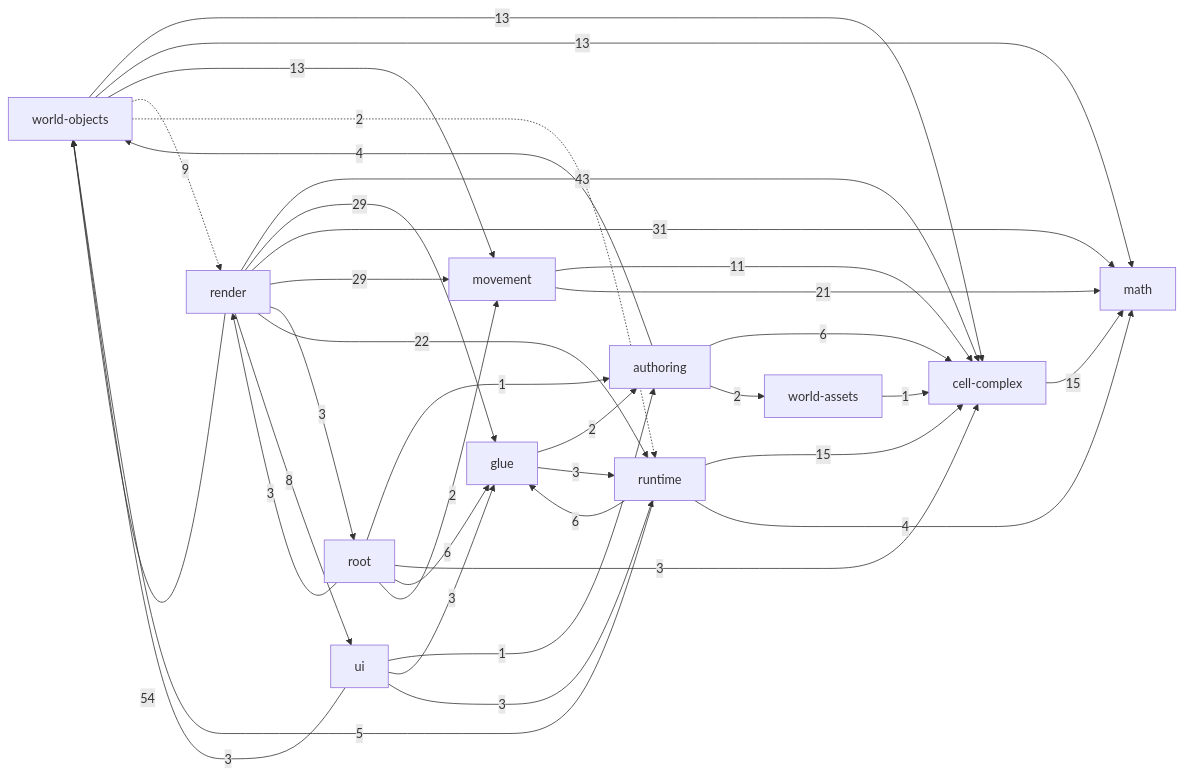
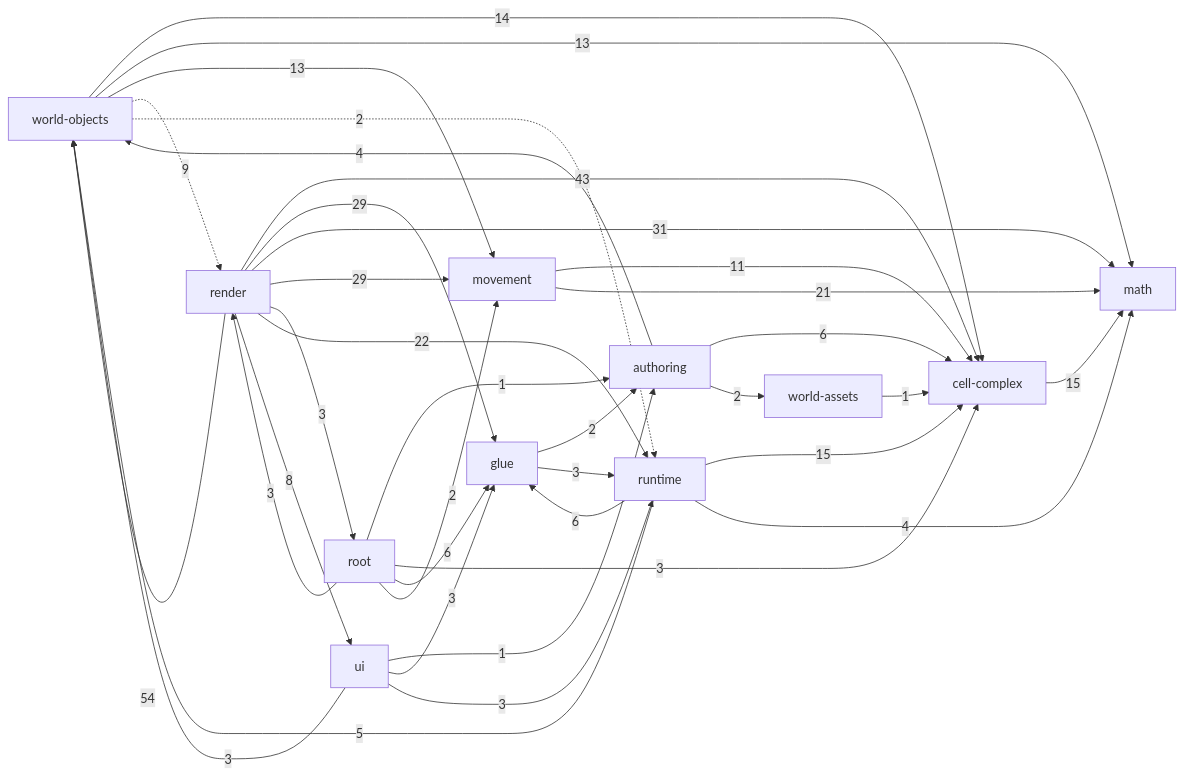
One commit to guraltsev/noneuclid-fpv changed the diagram in _docs/generated/ARCHITECTURE_REFERENCE.md. Above: the diagram before and after it, drawn with Mermaid. The commit also changed other lines of this file and 4 other files, not shown here.

````diff
--- a/_docs/generated/ARCHITECTURE_REFERENCE.md
+++ b/_docs/generated/ARCHITECTURE_REFERENCE.md
@@ -32,49 +32,49 @@
 ```mermaid
 flowchart LR
   math["math"]
   cell_complex["cell-complex"]
   movement["movement"]
   world_assets["world-assets"]
   world_objects["world-objects"]
   authoring["authoring"]
   runtime["runtime"]
   ui["ui"]
   glue["glue"]
   render["render"]
   root["root"]
   authoring -->|6| cell_complex
   authoring -->|2| world_assets
   authoring -->|4| world_objects
   cell_complex -->|15| math
   glue -->|2| authoring
   glue -->|3| runtime
   movement -->|11| cell_complex
   movement -->|21| math
   render -->|43| cell_complex
   render -->|29| glue
   render -->|31| math
   render -->|29| movement
   render -->|3| root
   render -->|22| runtime
   render -->|8| ui
   render -->|54| world_objects
   root -->|1| authoring
   root -->|3| cell_complex
   root -->|6| glue
   root -->|2| movement
   root -->|3| render
   runtime -->|15| cell_complex
   runtime -->|6| glue
   runtime -->|4| math
   runtime -->|5| world_objects
   ui -->|1| authoring
   ui -->|3| glue
   ui -->|3| runtime
   ui -->|3| world_objects
   world_assets -->|1| cell_complex
-  world_objects -->|13| cell_complex
+  world_objects -->|14| cell_complex
   world_objects -->|13| math
   world_objects -->|13| movement
   world_objects -.->|9| render
   world_objects -.->|2| runtime
 ```
````
